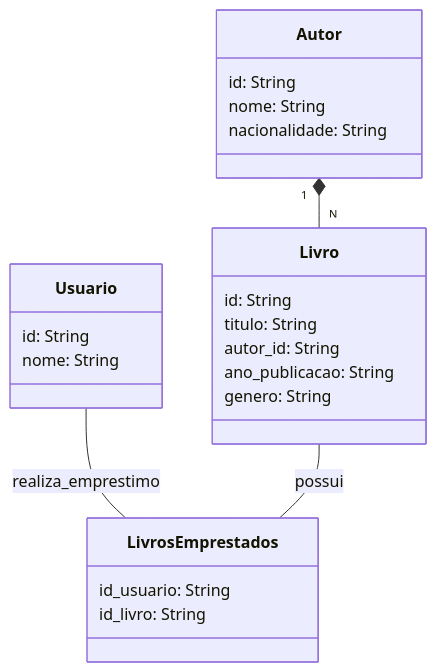
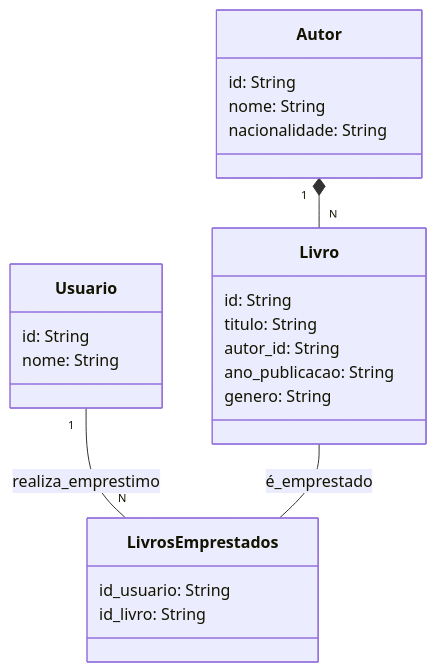
Before and after one commit to rafael2051/Controle-de-Fluxo---Desafio: the diagram in santander-dev-week-2023/README.MD, drawn with Mermaid.

````diff
--- a/santander-dev-week-2023/README.MD
+++ b/santander-dev-week-2023/README.MD
@@ -6,32 +6,32 @@
 ```mermaid
 classDiagram
     class Livro {
         id: String
         titulo: String
         autor_id: String
         ano_publicacao: String
         genero: String
     }
 
     class Autor {
         id: String
         nome: String
         nacionalidade: String
     }
 
     class Usuario {
         id: String
         nome: String
     }
 
     class LivrosEmprestados {
         id_usuario: String
         id_livro: String
     }
 
     Autor "1" *-- "N" Livro
-    Usuario -- LivrosEmprestados : realiza_emprestimo
-    Livro -- LivrosEmprestados : possui
+    Usuario "1" -- "N" LivrosEmprestados : realiza_emprestimo
+    Livro -- LivrosEmprestados : é_emprestado
     
 
 ```
````
